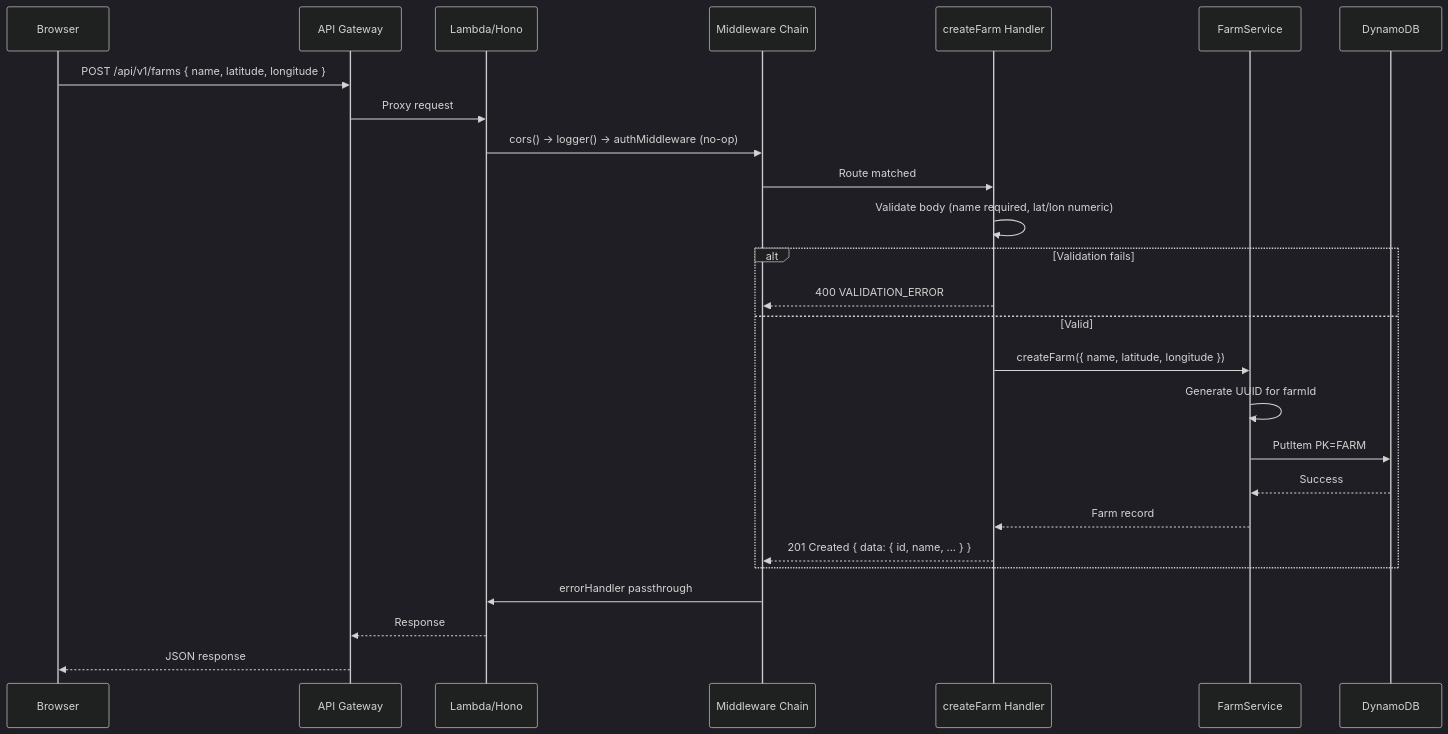
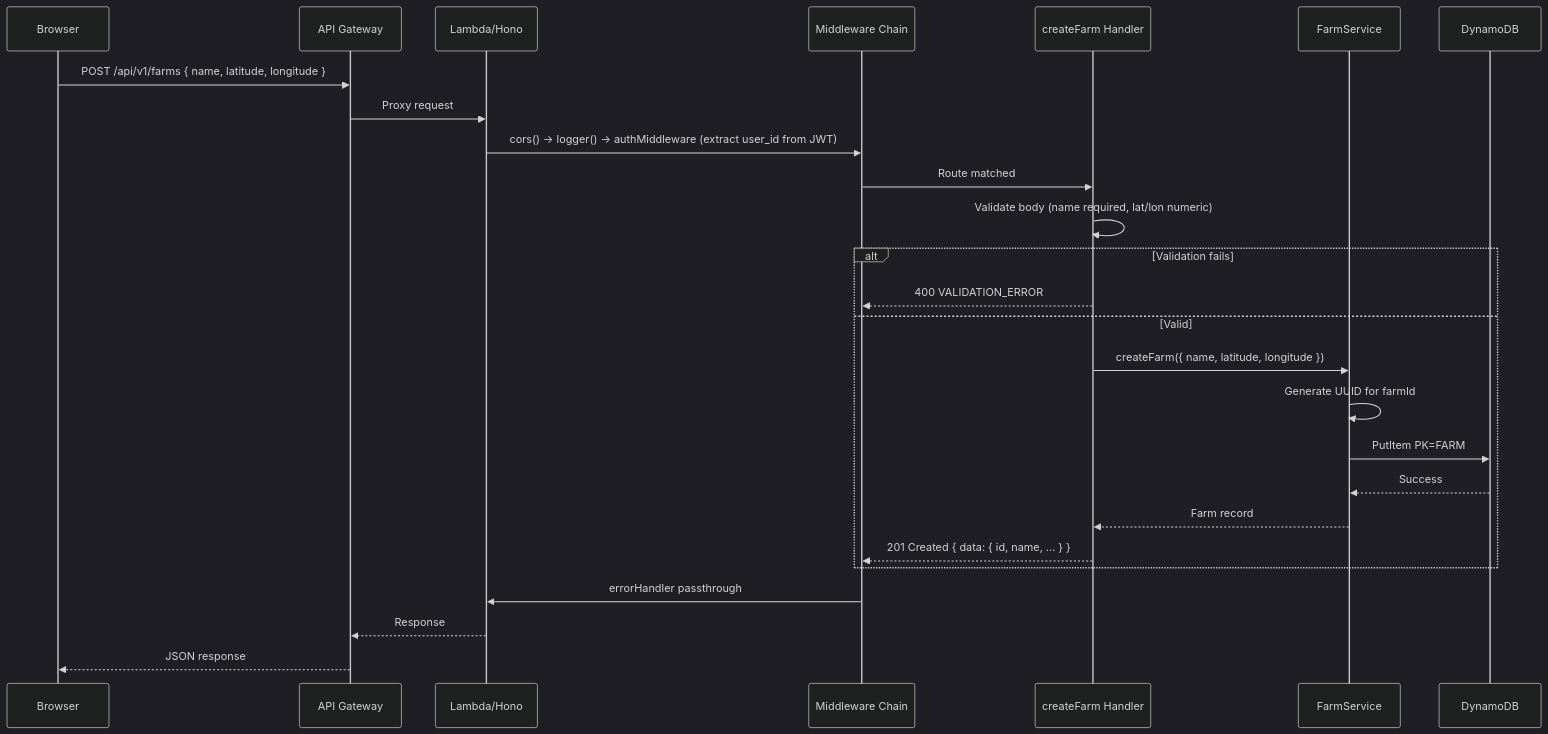
The sixth of 19 diagrams in docs/SYSTEM-DESIGN.md (ashmuk/litcrop-public), drawn with Mermaid (dark theme) before and after one commit. The commit also changed other lines of this file and 8 other files, not shown here.

````diff
--- a/docs/SYSTEM-DESIGN.md
+++ b/docs/SYSTEM-DESIGN.md
@@ -54,32 +172,32 @@
 ```mermaid
 sequenceDiagram
     participant B as Browser
     participant AG as API Gateway
     participant L as Lambda/Hono
     participant MW as Middleware Chain
     participant RH as createFarm Handler
     participant SVC as FarmService
     participant DB as DynamoDB
 
     B->>AG: POST /api/v1/farms { name, latitude, longitude }
     AG->>L: Proxy request
-    L->>MW: cors() → logger() → authMiddleware (no-op)
+    L->>MW: cors() → logger() → authMiddleware (extract user_id from JWT)
     MW->>RH: Route matched
 
     RH->>RH: Validate body (name required, lat/lon numeric)
 
     alt Validation fails
         RH-->>MW: 400 VALIDATION_ERROR
     else Valid
         RH->>SVC: createFarm({ name, latitude, longitude })
         SVC->>SVC: Generate UUID for farmId
         SVC->>DB: PutItem PK=FARM#{farmId} SK=#META
         DB-->>SVC: Success
         SVC-->>RH: Farm record
         RH-->>MW: 201 Created { data: { id, name, ... } }
     end
 
     MW->>L: errorHandler passthrough
     L-->>AG: Response
     AG-->>B: JSON response
 ```
````
